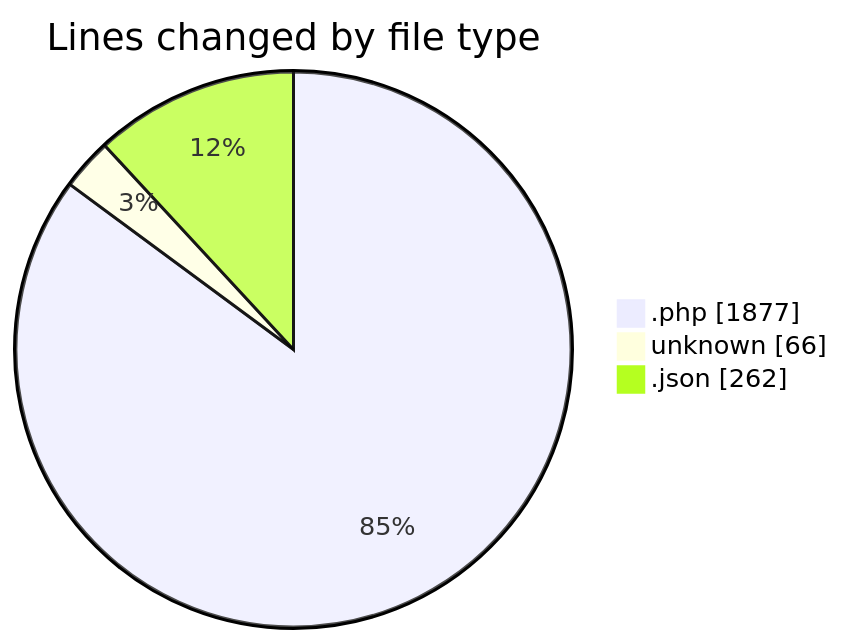
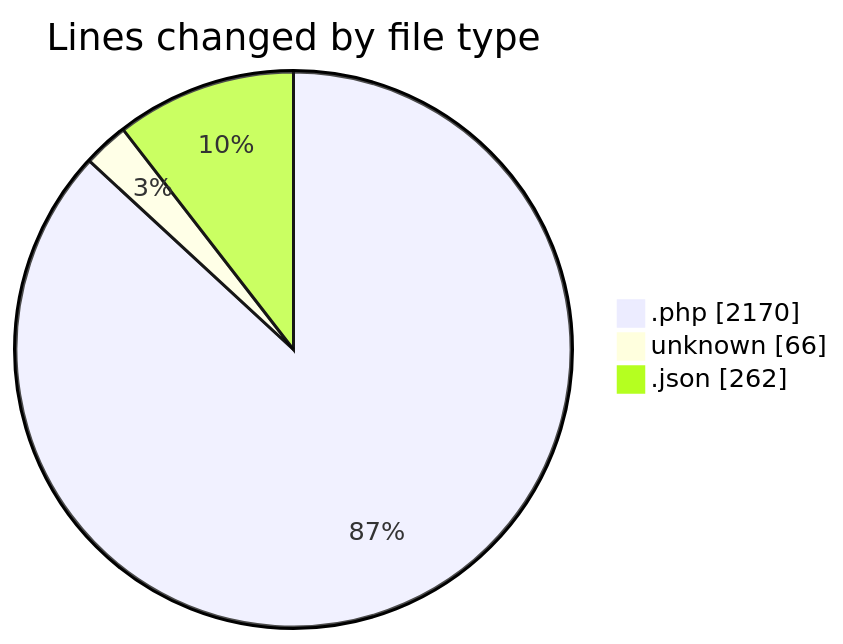
The first of 2 diagrams in 2025-10-05/lapangan-futsal/README.md (idhammustaqopulfikri/code-tracking), drawn with Mermaid before and after one commit. The commit also changed other lines of this file and 1 other file, not shown here.

````diff
--- a/2025-10-05/lapangan-futsal/README.md
+++ b/2025-10-05/lapangan-futsal/README.md
@@ -42,7 +43,7 @@
 ```mermaid
 pie showData
 title Lines changed by file type
-".php" : 1877
+".php" : 2170
 "unknown" : 66
 ".json" : 262
 ```
````
